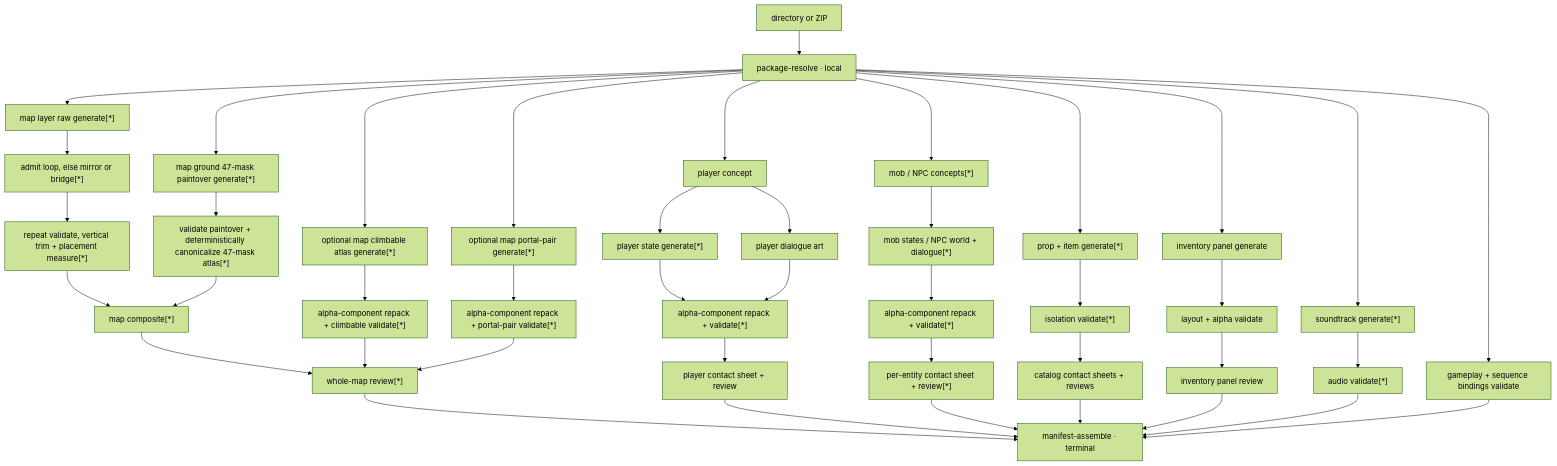
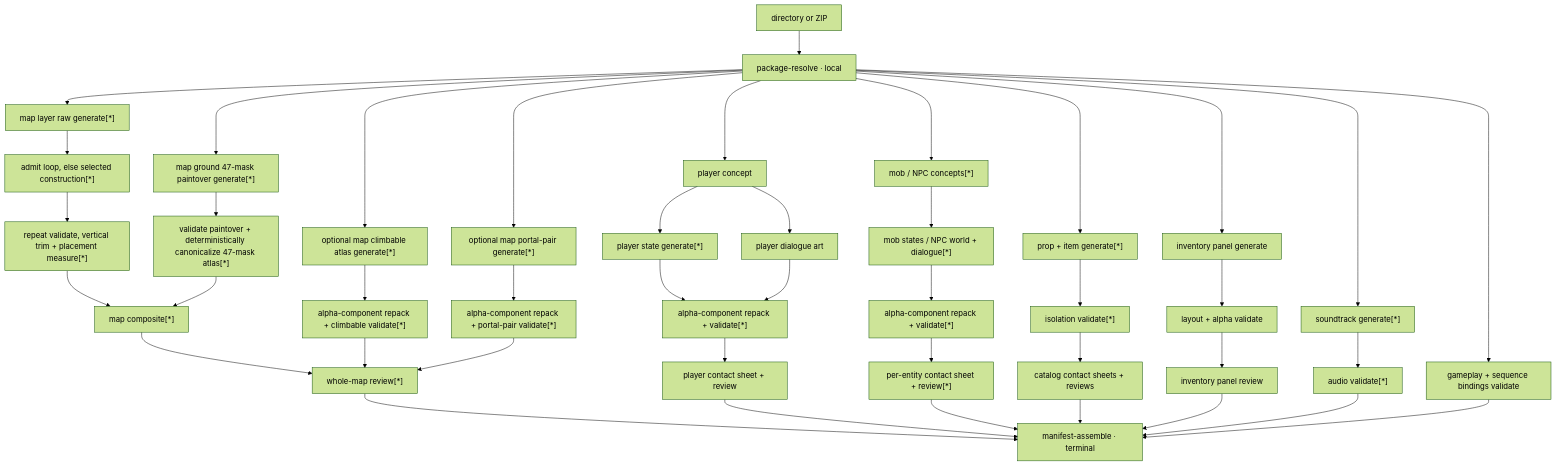
The diagram in docs/spec/game/generation-pipeline.md (softmarshmallow/stage-gen), drawn with Mermaid (forest theme) before and after one commit. The commit also changed other lines of this file and 15 other files, not shown here.

````diff
--- a/docs/spec/game/generation-pipeline.md
+++ b/docs/spec/game/generation-pipeline.md
@@ -39,51 +39,51 @@
 ```mermaid
 flowchart TD
     PKG["directory or ZIP"] --> PR["package-resolve · local"]
 
     PR --> ML["map layer raw generate[*]"]
     PR --> MG["map ground 47-mask paintover generate[*]"]
-    ML --> MLC["admit loop, else mirror or bridge[*]"]
+    ML --> MLC["admit loop, else selected construction[*]"]
     MLC --> MLV["repeat validate, vertical trim + placement measure[*]"]
     MG --> MGV["validate paintover + deterministically canonicalize 47-mask atlas[*]"]
     PR --> LG["optional map climbable atlas generate[*]"]
     PR --> PG["optional map portal-pair generate[*]"]
     MLV --> MC["map composite[*]"]
     MGV --> MC
     LG --> LGV["alpha-component repack + climbable validate[*]"]
     PG --> PGV["alpha-component repack + portal-pair validate[*]"]
     MC --> MR["whole-map review[*]"]
     LGV --> MR
     PGV --> MR
 
     PR --> PC["player concept"]
     PC --> PS["player state generate[*]"]
     PC --> PD["player dialogue art"]
     PS --> PV["alpha-component repack + validate[*]"]
     PD --> PV
     PV --> PCR["player contact sheet + review"]
 
     PR --> XC["mob / NPC concepts[*]"]
     XC --> XS["mob states / NPC world + dialogue[*]"]
     XS --> XV["alpha-component repack + validate[*]"]
     XV --> XR["per-entity contact sheet + review[*]"]
 
     PR --> PI["prop + item generate[*]"]
     PI --> PIV["isolation validate[*]"]
     PIV --> PIR["catalog contact sheets + reviews"]
 
     PR --> UI["inventory panel generate"]
     UI --> UIV["layout + alpha validate"]
     UIV --> UIR["inventory panel review"]
 
     PR --> ST["soundtrack generate[*]"]
     ST --> STV["audio validate[*]"]
     PR --> GB["gameplay + sequence bindings validate"]
 
     MR --> MF["manifest-assemble · terminal"]
     PCR --> MF
     XR --> MF
     PIR --> MF
     UIR --> MF
     STV --> MF
     GB --> MF
 ```
````
